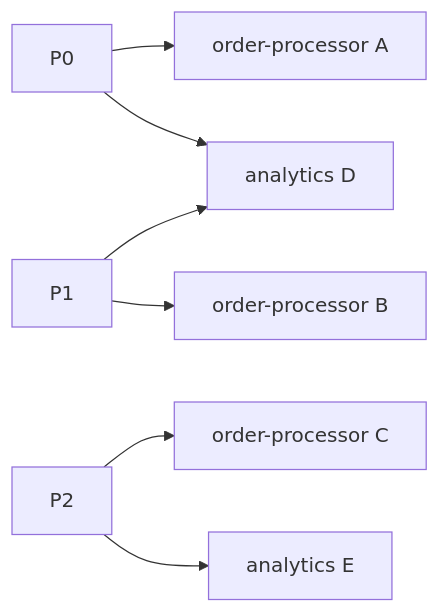
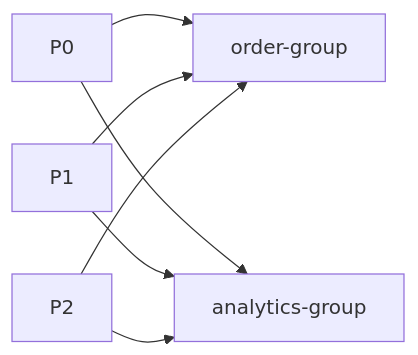
One commit to yjkim2015/yjkim2015.github.io changed the first of 7 diagrams in _posts/kafka/2026-05-01-kafka-consumer-deep.md. Above: the diagram before and after it, drawn with Mermaid. The commit also changed other lines of this file and 163 other files, not shown here.

First line of the commit message:
Mermaid 300개 블록 내용 축소: 5노드 5엣지 이하, 의미 있는 약어

````diff
--- a/_posts/kafka/2026-05-01-kafka-consumer-deep.md
+++ b/_posts/kafka/2026-05-01-kafka-consumer-deep.md
@@ -26,12 +26,6 @@
 ```mermaid
 graph LR
-    P0[P0] & P1[P1] & P2[P2]
-    CA[order-processor A] & CB[order-processor B] & CC[order-processor C]
-    CD[analytics D] & CE[analytics E]
-    P0 --> CA
-    P1 --> CB
-    P2 --> CC
-    P0 --> CD
-    P1 --> CD
-    P2 --> CE
+    P0 & P1 --> G1["order-group"]
+    P2 --> G1
+    P0 & P1 & P2 --> G2["analytics-group"]
 ```
````
